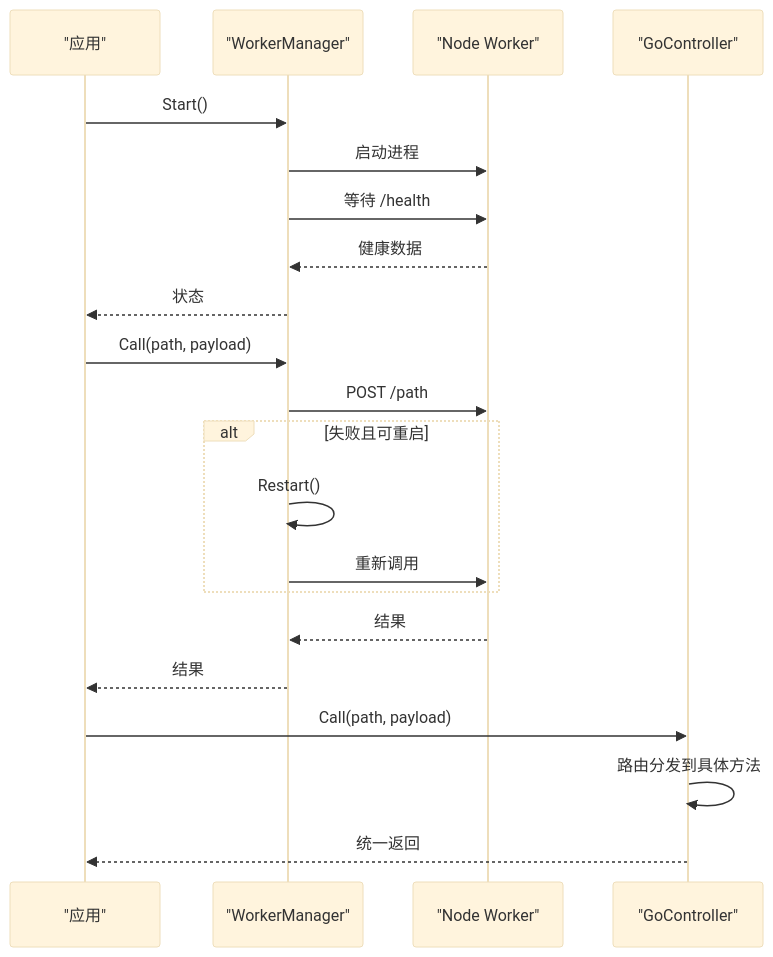
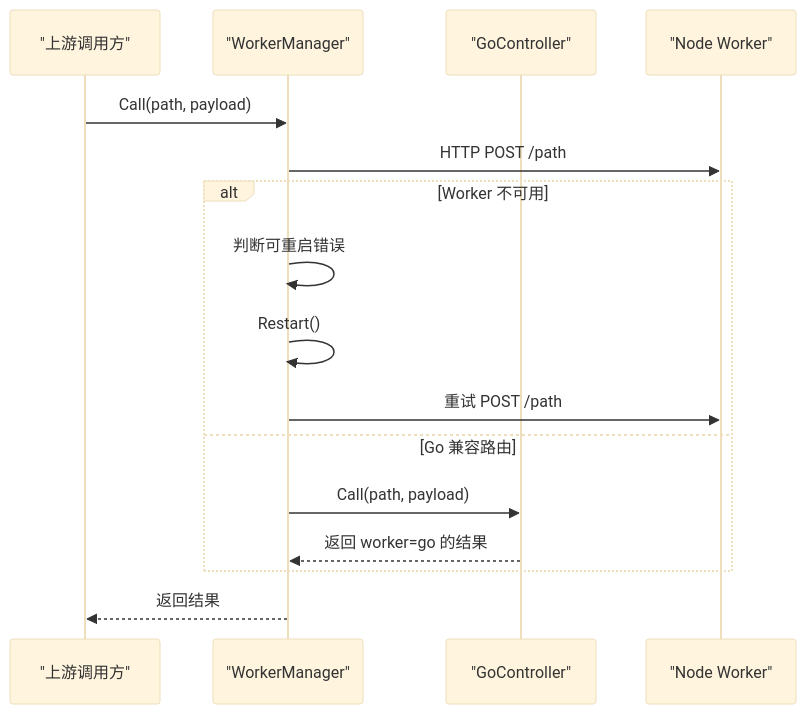
Diagram 11 of 11 in .qoder/repowiki/zh/content/本地执行器/浏览器自动化/浏览器控制器/浏览器控制器.md (alvinwangzi/goodhr), drawn with Mermaid (base theme) before and after one commit. The commit also changed other lines of this file and 149 other files, not shown here.

````diff
--- a/.qoder/repowiki/zh/content/本地执行器/浏览器自动化/浏览器控制器/浏览器控制器.md
+++ b/.qoder/repowiki/zh/content/本地执行器/浏览器自动化/浏览器控制器/浏览器控制器.md
@@ -327,23 +439,18 @@
 ```mermaid
 sequenceDiagram
-participant App as "应用"
-participant WM as "WorkerManager"
-participant NW as "Node Worker"
-participant GC as "GoController"
-App->>WM : Start()
-WM->>NW : 启动进程
-WM->>NW : 等待 /health
-NW-->>WM : 健康数据
-WM-->>App : 状态
-App->>WM : Call(path, payload)
-WM->>NW : POST /path
-alt 失败且可重启
-WM->>WM : Restart()
-WM->>NW : 重新调用
+participant Upstream as "上游调用方"
+participant Manager as "WorkerManager"
+participant Controller as "GoController"
+participant Worker as "Node Worker"
+Upstream->>Manager : Call(path, payload)
+Manager->>Worker : HTTP POST /path
+alt Worker 不可用
+Manager->>Manager : 判断可重启错误
+Manager->>Manager : Restart()
+Manager->>Worker : 重试 POST /path
+else Go 兼容路由
+Manager->>Controller : Call(path, payload)
+Controller-->>Manager : 返回 worker=go 的结果
 end
-NW-->>WM : 结果
-WM-->>App : 结果
-App->>GC : Call(path, payload)
-GC->>GC : 路由分发到具体方法
-GC-->>App : 统一返回
+Manager-->>Upstream : 返回结果
 ```
````
